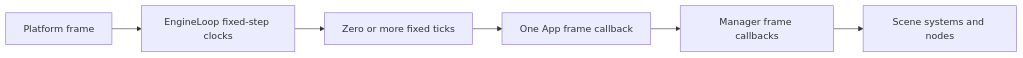
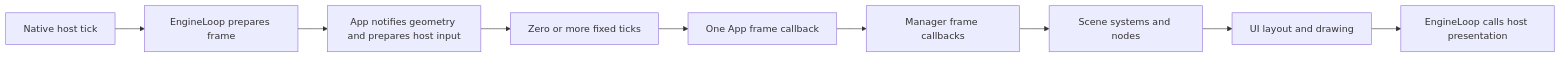
The diagram in markdown/engine-details/runtime.md (canopyengine/canopy-docs), drawn with Mermaid before and after one commit. The commit also changed other lines of this file and 4 other files, not shown here.

First line of the commit message:
[Agent] Document the engine-owned frame pipeline for 0.1.0

````diff
--- a/markdown/engine-details/runtime.md
+++ b/markdown/engine-details/runtime.md
@@ -21,8 +21,11 @@
 ```mermaid
 flowchart LR
-  host[Platform frame] --> loop[EngineLoop fixed-step clocks]
-  loop --> physics[Zero or more fixed ticks]
+  host[Native host tick] --> begin[EngineLoop prepares frame]
+  begin --> geometry[App notifies geometry and prepares host input]
+  geometry --> physics[Zero or more fixed ticks]
   physics --> app[One App frame callback]
   app --> managers[Manager frame callbacks]
   managers --> scene[Scene systems and nodes]
+  scene --> ui[UI layout and drawing]
+  ui --> present[EngineLoop calls host presentation]
 ```
````
